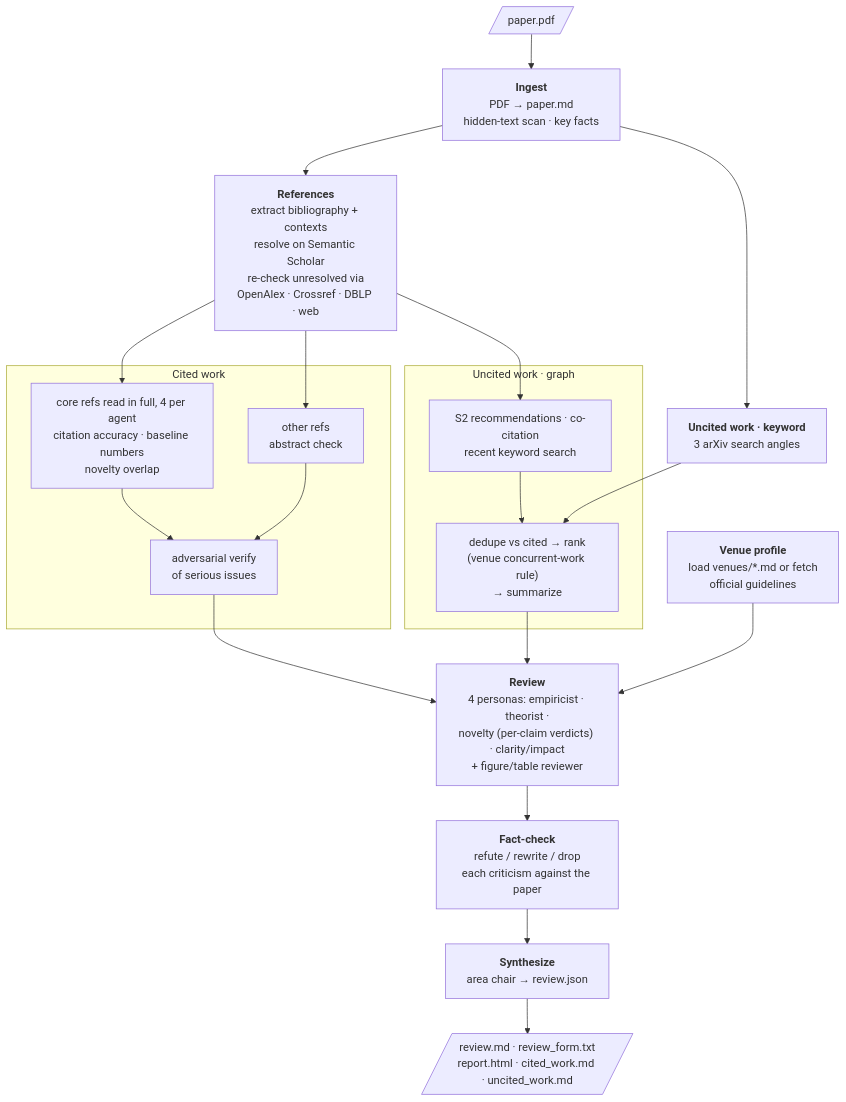
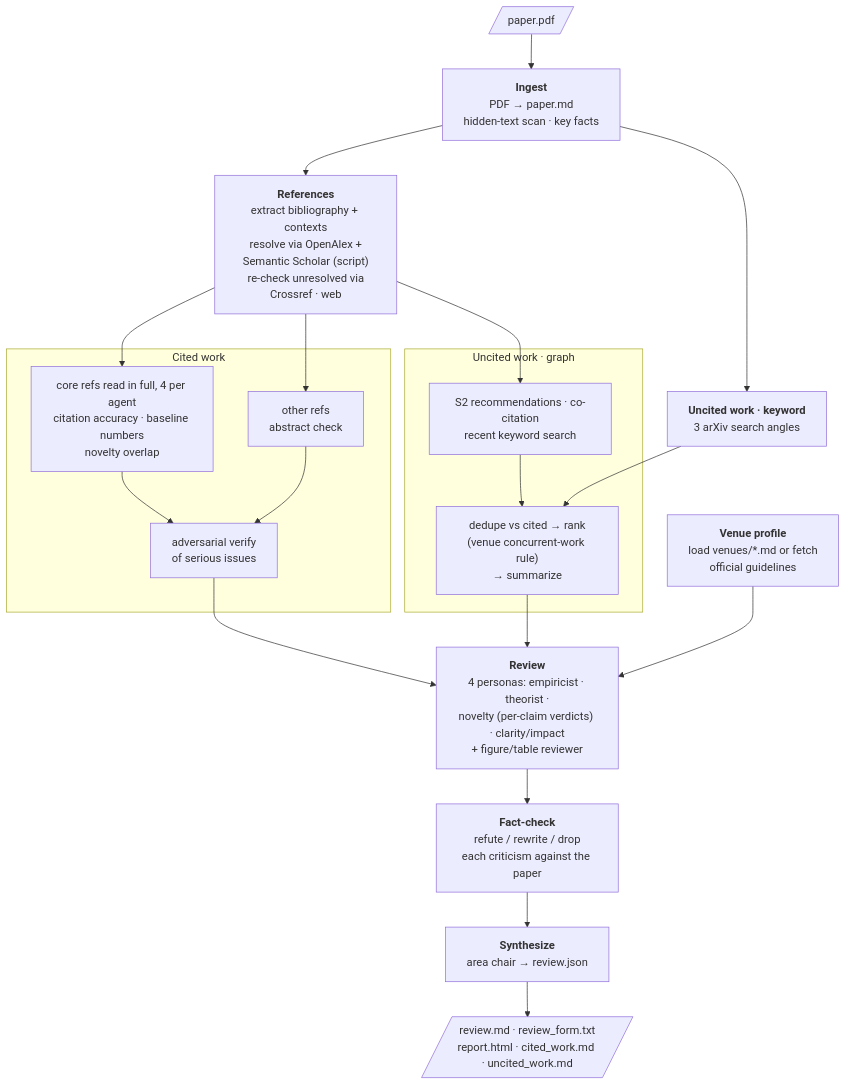
One commit to jayin92/agentic-reviewer changed the diagram in README.md. Above: the diagram before and after it, drawn with Mermaid. The commit also changed other lines of this file and 3 other files, not shown here.

First line of the commit message:
Resolve references with a script and accept a supplementary PDF

````diff
--- a/README.md
+++ b/README.md
@@ -94,35 +106,35 @@
 ```mermaid
 flowchart TD
     PDF[/"paper.pdf"/] --> ING["<b>Ingest</b><br/>PDF → paper.md<br/>hidden-text scan · key facts"]
     VEN["<b>Venue profile</b><br/>load venues/*.md or fetch<br/>official guidelines"]
 
-    ING --> REF["<b>References</b><br/>extract bibliography + contexts<br/>resolve on Semantic Scholar<br/>re-check unresolved via<br/>OpenAlex · Crossref · DBLP · web"]
+    ING --> REF["<b>References</b><br/>extract bibliography + contexts<br/>resolve via OpenAlex +<br/>Semantic Scholar (script)<br/>re-check unresolved via<br/>Crossref · web"]
     ING --> KW["<b>Uncited work · keyword</b><br/>3 arXiv search angles"]
 
     subgraph CITED["Cited work"]
         CORE["core refs read in full, 4 per agent<br/>citation accuracy · baseline numbers<br/>novelty overlap"]
         ABS["other refs<br/>abstract check"]
         VER["adversarial verify<br/>of serious issues"]
         CORE --> VER
         ABS --> VER
     end
 
     subgraph UNCITED["Uncited work · graph"]
         GR["S2 recommendations · co-citation<br/>recent keyword search"]
         RANK["dedupe vs cited → rank<br/>(venue concurrent-work rule)<br/>→ summarize"]
         GR --> RANK
     end
 
     REF --> CORE
     REF --> ABS
     REF --> GR
     KW --> RANK
 
     VER --> REV
     RANK --> REV
     VEN --> REV
     REV["<b>Review</b><br/>4 personas: empiricist · theorist ·<br/>novelty (per-claim verdicts) · clarity/impact<br/>+ figure/table reviewer"]
     REV --> FC["<b>Fact-check</b><br/>refute / rewrite / drop<br/>each criticism against the paper"]
     FC --> SYN["<b>Synthesize</b><br/>area chair → review.json"]
     SYN --> OUT[/"review.md · review_form.txt<br/>report.html · cited_work.md · uncited_work.md"/]
 ```
````
